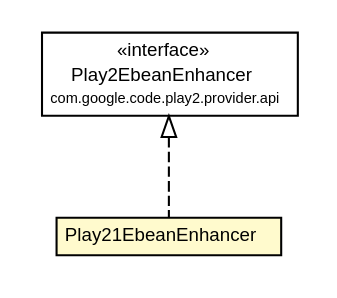
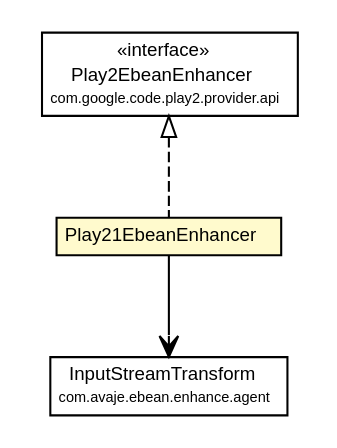
The diagram in mavensite/1.0.0-alpha7-SNAPSHOT/play2-providers/play2-provider-play21/apidocs/com/google/code/play2/provider/play21/Play21EbeanEnhancer.dot (wouterhardeman/play2-maven-plugin), drawn with Graphviz before and after one commit. The commit also changed 660 other files, not shown here.

Commit message:
Production site for version "1.0.0-alpha7-SNAPSHOT" - updated.

```diff
--- a/mavensite/1.0.0-alpha7-SNAPSHOT/play2-providers/play2-provider-play21/apidocs/com/google/code/play2/provider/play21/Play21EbeanEnhancer.dot
+++ b/mavensite/1.0.0-alpha7-SNAPSHOT/play2-providers/play2-provider-play21/apidocs/com/google/code/play2/provider/play21/Play21EbeanEnhancer.dot
@@ -1,28 +1,37 @@
 #!/usr/local/bin/dot
 #
 # Class diagram 
 # Generated by UMLGraph version R5_6-24-gf6e263 (http://www.umlgraph.org/)
 #
 
 digraph G {
 	edge [fontname="arial",fontsize=10,labelfontname="arial",labelfontsize=10];
 	node [fontname="arial",fontsize=10,shape=plaintext];
 	nodesep=0.25;
 	ranksep=0.5;
 	// com.google.code.play2.provider.play21.Play21EbeanEnhancer
-	c75 [label=<<table title="com.google.code.play2.provider.play21.Play21EbeanEnhancer" border="0" cellborder="1" cellspacing="0" cellpadding="2" port="p" bgcolor="lemonChiffon" href="./Play21EbeanEnhancer.html">
+	c73 [label=<<table title="com.google.code.play2.provider.play21.Play21EbeanEnhancer" border="0" cellborder="1" cellspacing="0" cellpadding="2" port="p" bgcolor="lemonChiffon" href="./Play21EbeanEnhancer.html">
 		<tr><td><table border="0" cellspacing="0" cellpadding="1">
 <tr><td align="center" balign="center"> Play21EbeanEnhancer </td></tr>
 		</table></td></tr>
 		</table>>, URL="./Play21EbeanEnhancer.html", fontname="arial", fontcolor="black", fontsize=9.0];
 	//com.google.code.play2.provider.play21.Play21EbeanEnhancer implements com.google.code.play2.provider.api.Play2EbeanEnhancer
-	c78:p -> c75:p [dir=back,arrowtail=empty,style=dashed];
+	c76:p -> c73:p [dir=back,arrowtail=empty,style=dashed];
+	// com.google.code.play2.provider.play21.Play21EbeanEnhancer NAVASSOC com.avaje.ebean.enhance.agent.InputStreamTransform
+	c73:p -> c81:p [taillabel="", label="", headlabel="", fontname="arial", fontcolor="black", fontsize=10.0, color="black", arrowhead=open];
 	// com.google.code.play2.provider.api.Play2EbeanEnhancer
-	c78 [label=<<table title="com.google.code.play2.provider.api.Play2EbeanEnhancer" border="0" cellborder="1" cellspacing="0" cellpadding="2" port="p" href="https://play2-maven-plugin.googlecode.com/svn/mavensite/1.0.0-alpha6/play2-provider-api/apidocs/com/google/code/play2/provider/api/Play2EbeanEnhancer.html">
+	c76 [label=<<table title="com.google.code.play2.provider.api.Play2EbeanEnhancer" border="0" cellborder="1" cellspacing="0" cellpadding="2" port="p" href="https://play2-maven-plugin.googlecode.com/svn/mavensite/1.0.0-alpha7-SNAPSHOT/play2-provider-api/apidocs/com/google/code/play2/provider/api/Play2EbeanEnhancer.html">
 		<tr><td><table border="0" cellspacing="0" cellpadding="1">
 <tr><td align="center" balign="center"> &#171;interface&#187; </td></tr>
 <tr><td align="center" balign="center"> Play2EbeanEnhancer </td></tr>
 <tr><td align="center" balign="center"><font point-size="7.0"> com.google.code.play2.provider.api </font></td></tr>
 		</table></td></tr>
-		</table>>, URL="https://play2-maven-plugin.googlecode.com/svn/mavensite/1.0.0-alpha6/play2-provider-api/apidocs/com/google/code/play2/provider/api/Play2EbeanEnhancer.html", fontname="arial", fontcolor="black", fontsize=9.0];
+		</table>>, URL="https://play2-maven-plugin.googlecode.com/svn/mavensite/1.0.0-alpha7-SNAPSHOT/play2-provider-api/apidocs/com/google/code/play2/provider/api/Play2EbeanEnhancer.html", fontname="arial", fontcolor="black", fontsize=9.0];
+	// com.avaje.ebean.enhance.agent.InputStreamTransform
+	c81 [label=<<table title="com.avaje.ebean.enhance.agent.InputStreamTransform" border="0" cellborder="1" cellspacing="0" cellpadding="2" port="p">
+		<tr><td><table border="0" cellspacing="0" cellpadding="1">
+<tr><td align="center" balign="center"> InputStreamTransform </td></tr>
+<tr><td align="center" balign="center"><font point-size="7.0"> com.avaje.ebean.enhance.agent </font></td></tr>
+		</table></td></tr>
+		</table>>, URL="null", fontname="arial", fontcolor="black", fontsize=9.0];
 }
```
